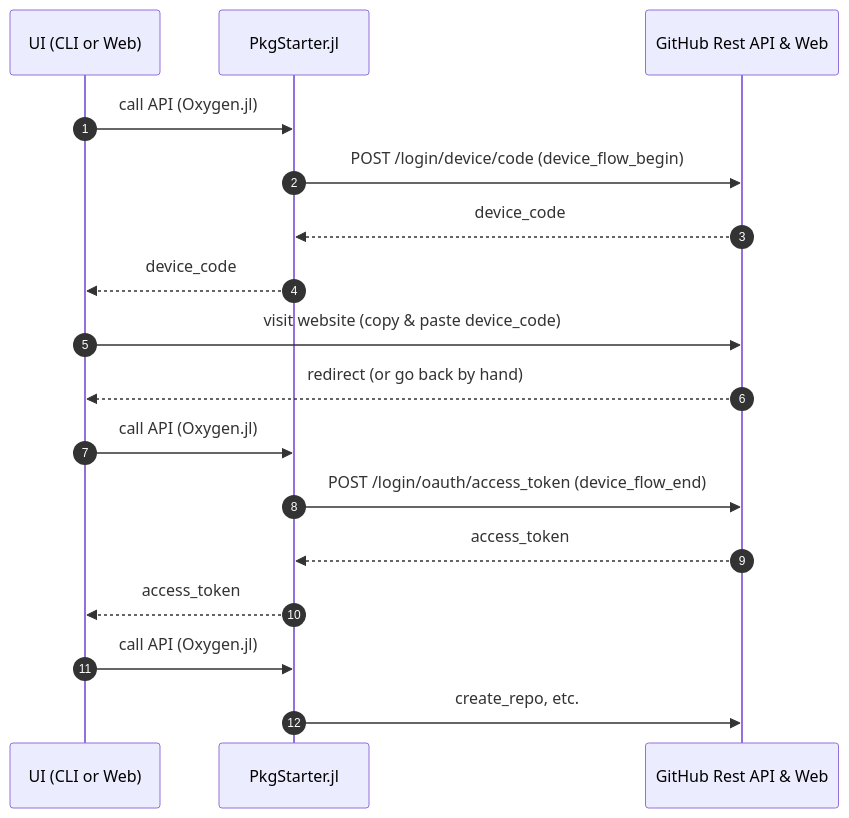
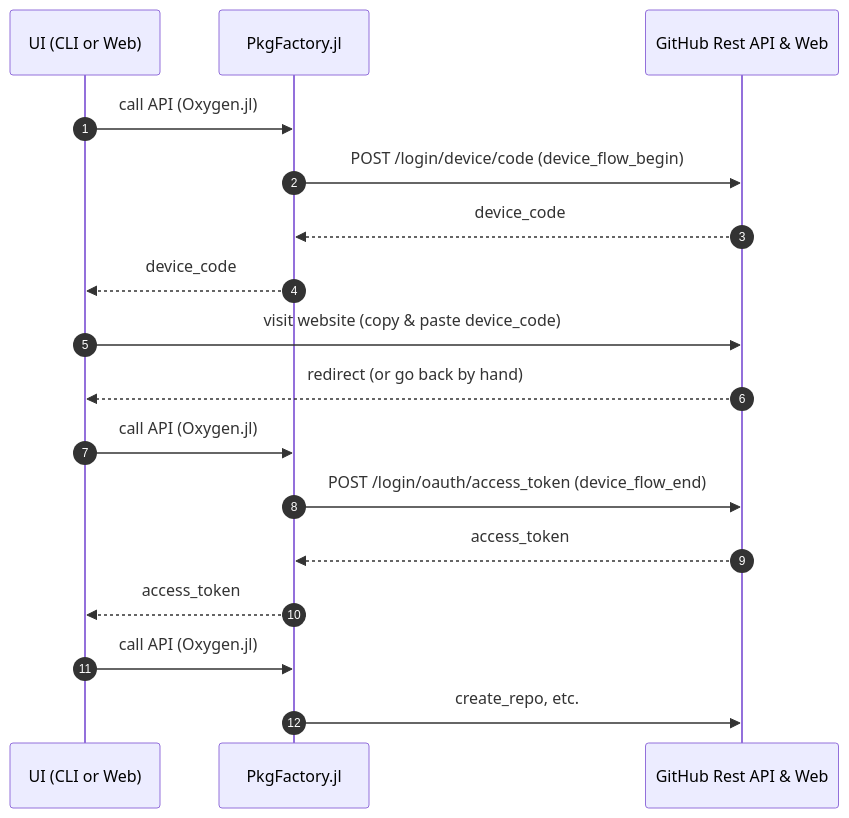
One commit to ohno/PkgStarter.jl changed the diagram in docs/src/developer.md. Above: the diagram before and after it, drawn with Mermaid. The commit also changed other lines of this file and 12 other files, not shown here.

Commit message:
PkgStarter to PkgFactory

````diff
--- a/docs/src/developer.md
+++ b/docs/src/developer.md
@@ -34,25 +34,25 @@
 ```mermaid
 sequenceDiagram
   autonumber
   participant UI as UI (CLI or Web)
-  participant App as PkgStarter.jl
+  participant App as PkgFactory.jl
   participant GitHub as GitHub Rest API & Web
 
   %% get device code
   UI->>App: call API (Oxygen.jl)
   App->>GitHub: POST /login/device/code (device_flow_begin)
   GitHub-->>App: device_code
   App-->>UI: device_code
 
   %% get access token
   UI->>GitHub: visit website (copy & paste device_code)
   GitHub-->>UI: redirect (or go back by hand)
   UI->>App: call API (Oxygen.jl)
   App->>GitHub: POST /login/oauth/access_token (device_flow_end)
   GitHub-->>App: access_token
   App-->>UI: access_token
 
   %% create repo using access token
   UI->>App: call API (Oxygen.jl)
   App->>GitHub: create_repo, etc.
 ```
````
